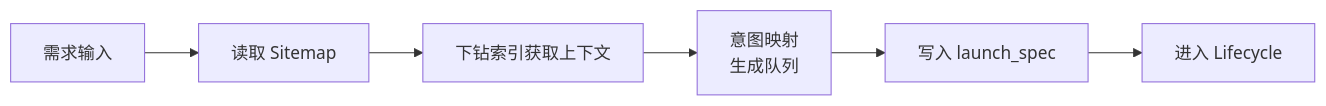
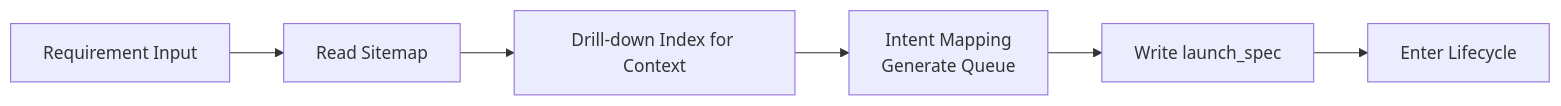
The second of 5 diagrams in ENGINEERING_MANUAL.md (listener-He/java-harness-agent), drawn with Mermaid before and after one commit. The commit also changed other lines of this file and 2 other files, not shown here.

````diff
--- a/ENGINEERING_MANUAL.md
+++ b/ENGINEERING_MANUAL.md
@@ -255,8 +281,8 @@
 ```mermaid
 flowchart LR
-  A[需求输入] --> B[读取 Sitemap]
-  B --> C[下钻索引获取上下文]
-  C --> D[意图映射\n生成队列]
-  D --> E[写入 launch_spec]
-  E --> F[进入 Lifecycle]
+  A[Requirement Input] --> B[Read Sitemap]
+  B --> C[Drill-down Index for Context]
+  C --> D[Intent Mapping\nGenerate Queue]
+  D --> E[Write launch_spec]
+  E --> F[Enter Lifecycle]
 ```
````
